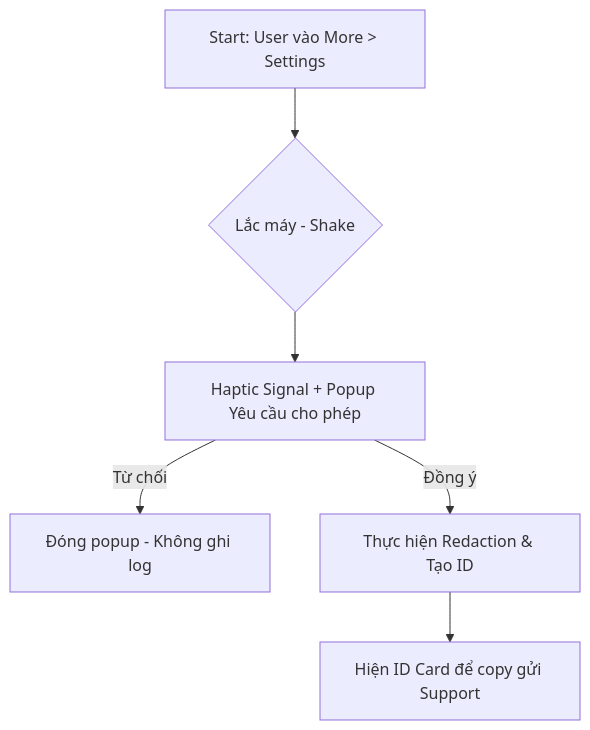
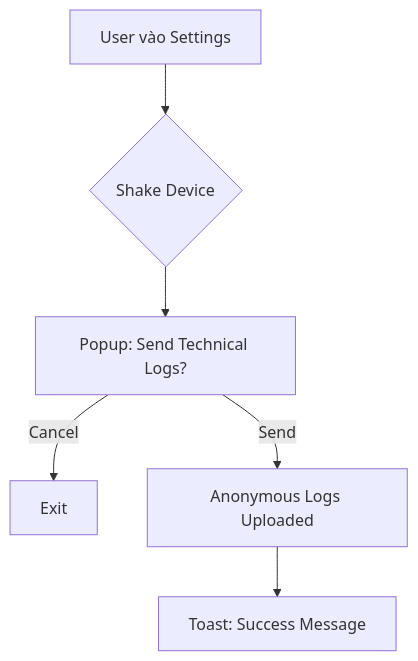
Before and after one commit to ducnmnhsv/midu-stuffs: the diagram in _bmad-output/planning-artifacts/ux-design-specification.md, drawn with Mermaid. The commit also changed other lines of this file, not shown here.

Commit message:
feat: Add implementation plans for the new logging and feedback system, refining shake detection and consent epics.

````diff
--- a/_bmad-output/planning-artifacts/ux-design-specification.md
+++ b/_bmad-output/planning-artifacts/ux-design-specification.md
@@ -198,8 +197,8 @@
 ```mermaid
 graph TD
-    A[Start: User vào More > Settings] --> B{Lắc máy - Shake}
-    B --> C[Haptic Signal + Popup Yêu cầu cho phép]
-    C -->|Từ chối| D[Đóng popup - Không ghi log]
-    C -->|Đồng ý| E[Thực hiện Redaction & Tạo ID]
-    E --> F[Hiện ID Card để copy gửi Support]
+    A[User vào Settings] --> B{Shake Device}
+    B --> C[Popup: Send Technical Logs?]
+    C -->|Cancel| D[Exit]
+    C -->|Send| E[Anonymous Logs Uploaded]
+    E --> F[Toast: Success Message]
 ```
````
